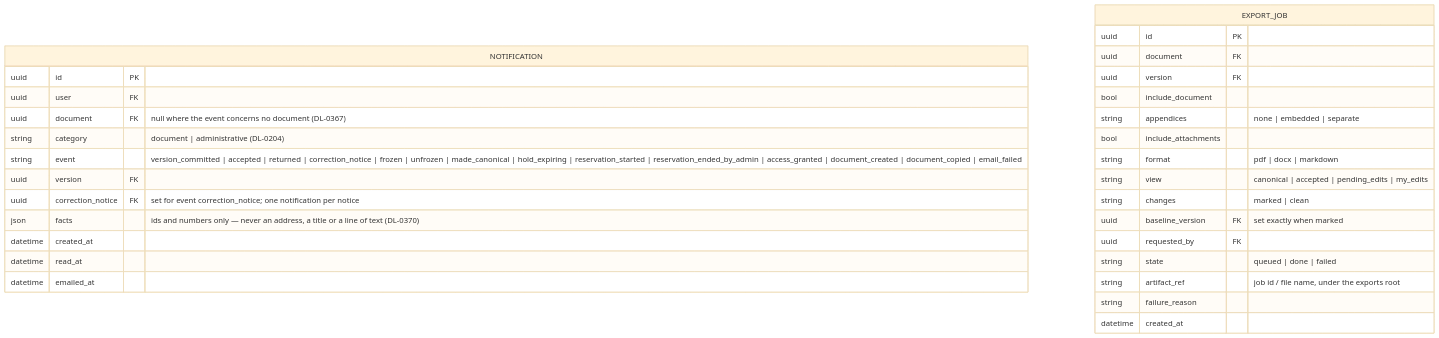
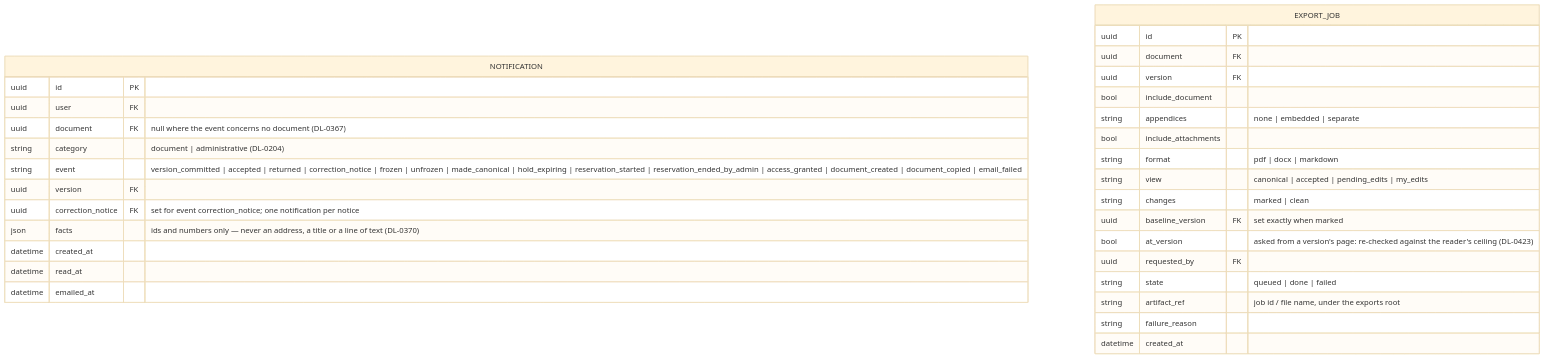
Before and after one commit to Oleksii-Zagorskyi/syngraphe: the fifth of 5 diagrams in docs/data-model.md, drawn with Mermaid (base theme). The commit also changed other lines of this file and 90 other files, not shown here.

````diff
--- a/docs/data-model.md
+++ b/docs/data-model.md
@@ -533,33 +533,34 @@
 ```mermaid
 erDiagram
     NOTIFICATION {
         uuid id PK
         uuid user FK
         uuid document FK "null where the event concerns no document (DL-0367)"
         string category "document | administrative (DL-0204)"
         string event "version_committed | accepted | returned | correction_notice | frozen | unfrozen | made_canonical | hold_expiring | reservation_started | reservation_ended_by_admin | access_granted | document_created | document_copied | email_failed"
         uuid version FK
         uuid correction_notice FK "set for event correction_notice; one notification per notice"
         json facts "ids and numbers only — never an address, a title or a line of text (DL-0370)"
         datetime created_at
         datetime read_at
         datetime emailed_at
     }
     EXPORT_JOB {
         uuid id PK
         uuid document FK
         uuid version FK
         bool include_document
         string appendices "none | embedded | separate"
         bool include_attachments
         string format "pdf | docx | markdown"
         string view "canonical | accepted | pending_edits | my_edits"
         string changes "marked | clean"
         uuid baseline_version FK "set exactly when marked"
+        bool at_version "asked from a version's page: re-checked against the reader's ceiling (DL-0423)"
         uuid requested_by FK
         string state "queued | done | failed"
         string artifact_ref "job id / file name, under the exports root"
         string failure_reason
         datetime created_at
     }
 ```
````
